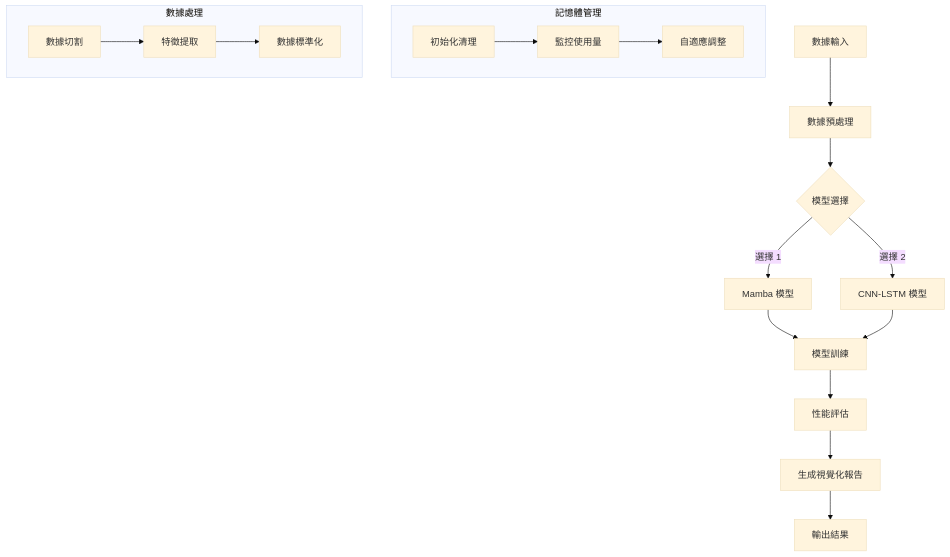
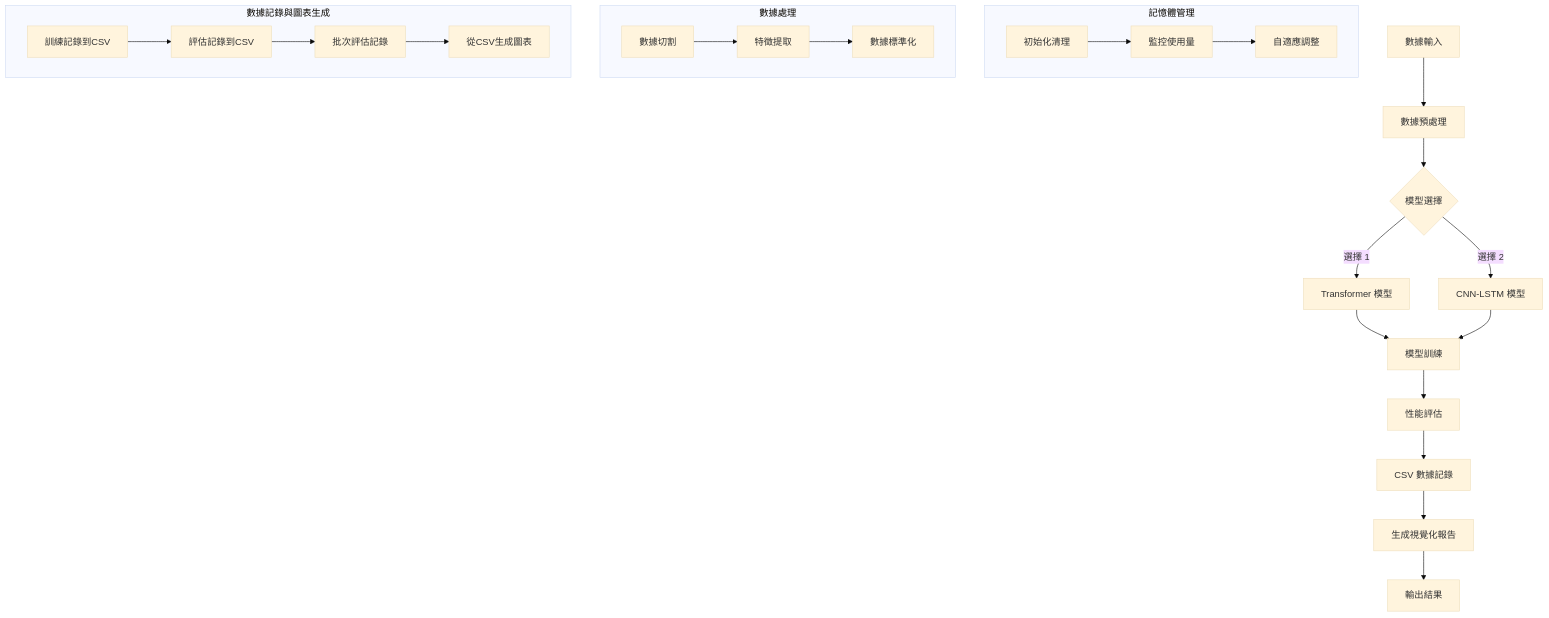
Before and after one commit to fainstar/DDoS_0416: the diagram in README.md, drawn with Mermaid (base theme). The commit also changed other lines of this file and 24 other files, not shown here.

````diff
--- a/README.md
+++ b/README.md
@@ -39,22 +40,29 @@
 ```mermaid
 graph TB
     A[數據輸入] --> B[數據預處理]
     B --> C{模型選擇}
-    C -->|選擇 1| D[Mamba 模型]
+    C -->|選擇 1| D[Transformer 模型]
     C -->|選擇 2| E[CNN-LSTM 模型]
     D --> F[模型訓練]
     E --> F
-    F --> G[性能評估]
-    G --> H[生成視覺化報告]
+    F --> G1[性能評估]
+    G1 --> G2[CSV 數據記錄]
+    G2 --> H[生成視覺化報告]
     H --> I[輸出結果]
 
     subgraph 記憶體管理
     J[初始化清理] --> K[監控使用量]
     K --> L[自適應調整]
     end
 
     subgraph 數據處理
     M[數據切割] --> N[特徵提取]
     N --> O[數據標準化]
     end
+    
+    subgraph 數據記錄與圖表生成
+    P[訓練記錄到CSV] --> Q[評估記錄到CSV]
+    Q --> R[批次評估記錄]
+    R --> S[從CSV生成圖表]
+    end
 ```
````
